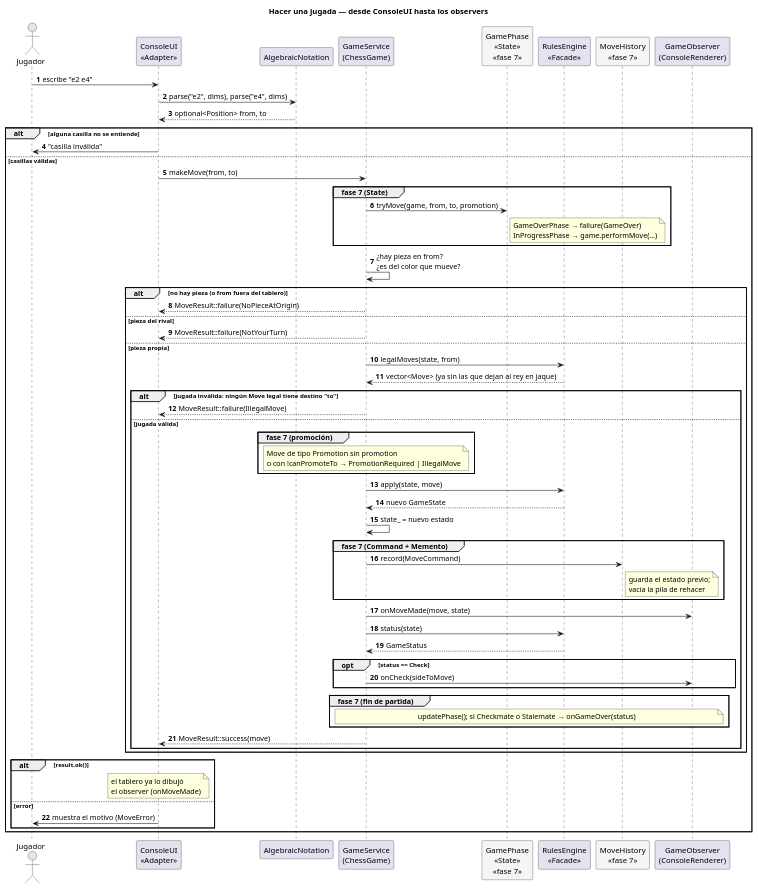
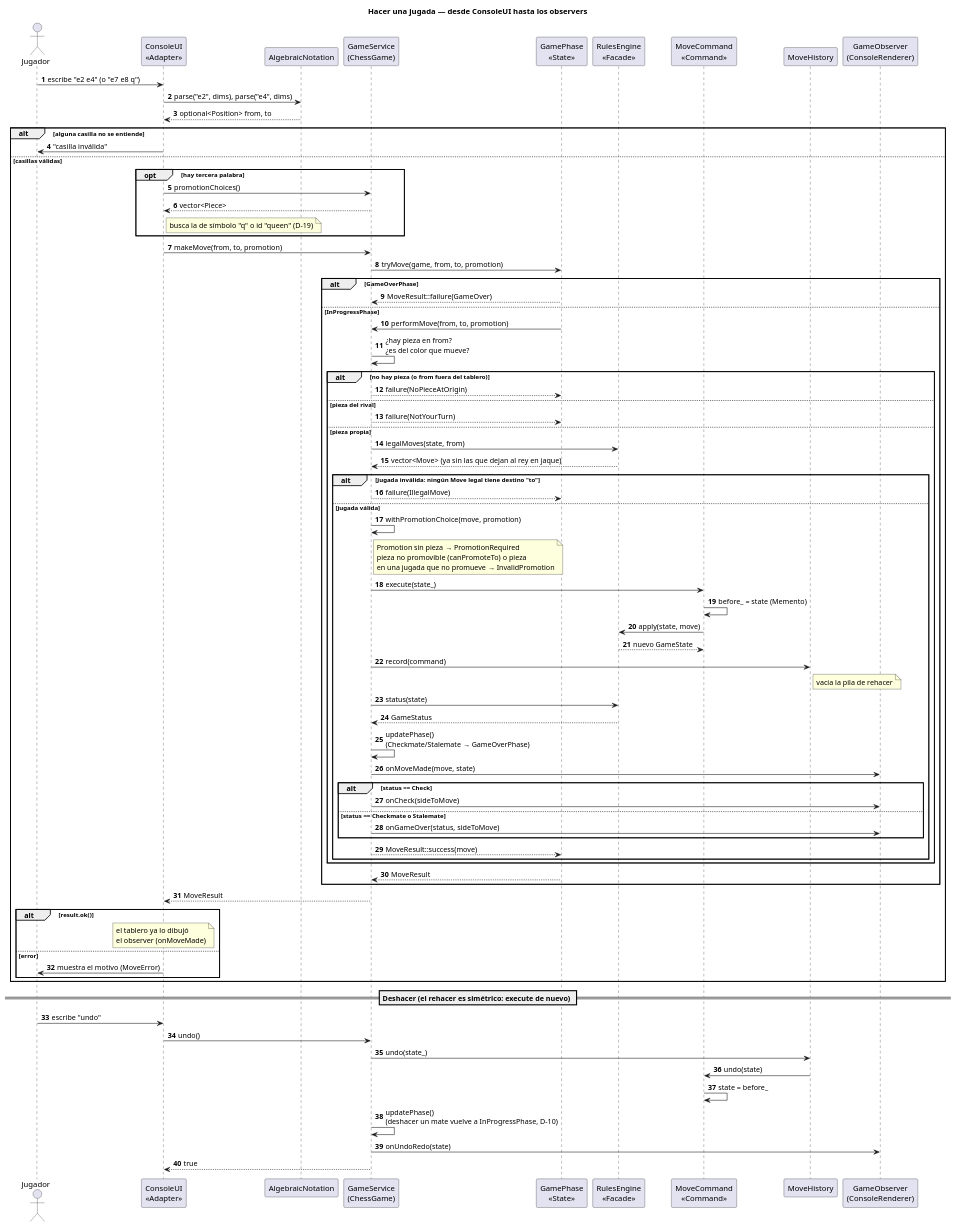
The diagram in docs/diagramas/secuencia-jugada.puml (hipolitogomezcuello/tp-chess), drawn with PlantUML before and after one commit. The commit also changed 24 other files, not shown here.

Commit message:
Agregar deshacer y rehacer con MoveCommand y MoveHistory (misión 7.5)

```diff
--- a/docs/diagramas/secuencia-jugada.puml
+++ b/docs/diagramas/secuencia-jugada.puml
@@ -1,72 +1,88 @@
 @startuml secuencia-jugada
-' Diagrama de secuencia: hacer una jugada (misión 1.4, actualizado en la 5.3).
-' Refleja lo implementado. Los bloques "fase 7" (GamePhase, MoveHistory, promoción, fin de
-' partida) son el diseño de los opcionales y todavía no existen en el código.
+' Diagrama de secuencia: hacer una jugada (misión 1.4, actualizado en la 5.3 y en la fase 7).
+' Refleja lo implementado: State (GamePhase), promoción, Command + Memento y fin de partida.
 title Hacer una jugada — desde ConsoleUI hasta los observers
 
 skinparam shadowing false
 autonumber
 
 actor Jugador
 participant "ConsoleUI\n<<Adapter>>" as UI
 participant "AlgebraicNotation" as AN
 participant "GameService\n(ChessGame)" as Game
-participant "GamePhase\n<<State>>\n«fase 7»" as Phase #F5F5F5
+participant "GamePhase\n<<State>>" as Phase
 participant "RulesEngine\n<<Facade>>" as Rules
-participant "MoveHistory\n«fase 7»" as History #F5F5F5
+participant "MoveCommand\n<<Command>>" as Cmd
+participant "MoveHistory" as History
 participant "GameObserver\n(ConsoleRenderer)" as Obs
 
-Jugador -> UI : escribe "e2 e4"
+Jugador -> UI : escribe "e2 e4" (o "e7 e8 q")
 UI -> AN : parse("e2", dims), parse("e4", dims)
 AN --> UI : optional<Position> from, to
 alt alguna casilla no se entiende
   UI -> Jugador : "casilla inválida"
 else casillas válidas
-  UI -> Game : makeMove(from, to)
+  opt hay tercera palabra
+    UI -> Game : promotionChoices()
+    Game --> UI : vector<Piece>
+    note right of UI : busca la de símbolo "q" o id "queen" (D-19)
+  end
+  UI -> Game : makeMove(from, to, promotion)
+  Game -> Phase : tryMove(game, from, to, promotion)
 
-  group fase 7 (State)
-    Game -> Phase : tryMove(game, from, to, promotion)
-    note right of Phase : GameOverPhase → failure(GameOver)\nInProgressPhase → game.performMove(...)
+  alt GameOverPhase
+    Phase --> Game : MoveResult::failure(GameOver)
+  else InProgressPhase
+    Phase -> Game : performMove(from, to, promotion)
+    Game -> Game : ¿hay pieza en from?\n¿es del color que mueve?
+    alt no hay pieza (o from fuera del tablero)
+      Game --> Phase : failure(NoPieceAtOrigin)
+    else pieza del rival
+      Game --> Phase : failure(NotYourTurn)
+    else pieza propia
+      Game -> Rules : legalMoves(state, from)
+      Rules --> Game : vector<Move> (ya sin las que dejan al rey en jaque)
+      alt **jugada inválida**: ningún Move legal tiene destino "to"
+        Game --> Phase : failure(IllegalMove)
+      else **jugada válida**
+        Game -> Game : withPromotionChoice(move, promotion)
+        note right of Game : Promotion sin pieza → PromotionRequired\npieza no promovible (canPromoteTo) o pieza\nen una jugada que no promueve → InvalidPromotion
+        Game -> Cmd : execute(state_)
+        Cmd -> Cmd : before_ = state (Memento)
+        Cmd -> Rules : apply(state, move)
+        Rules --> Cmd : nuevo GameState
+        Game -> History : record(command)
+        note right of History : vacía la pila de rehacer
+        Game -> Rules : status(state)
+        Rules --> Game : GameStatus
+        Game -> Game : updatePhase()\n(Checkmate/Stalemate → GameOverPhase)
+        Game -> Obs : onMoveMade(move, state)
+        alt status == Check
+          Game -> Obs : onCheck(sideToMove)
+        else status == Checkmate o Stalemate
+          Game -> Obs : onGameOver(status, sideToMove)
+        end
+        Game --> Phase : MoveResult::success(move)
+      end
+    end
+    Phase --> Game : MoveResult
   end
-
-  Game -> Game : ¿hay pieza en from?\n¿es del color que mueve?
-  alt no hay pieza (o from fuera del tablero)
-    Game --> UI : MoveResult::failure(NoPieceAtOrigin)
-  else pieza del rival
-    Game --> UI : MoveResult::failure(NotYourTurn)
-  else pieza propia
-    Game -> Rules : legalMoves(state, from)
-    Rules --> Game : vector<Move> (ya sin las que dejan al rey en jaque)
-    alt **jugada inválida**: ningún Move legal tiene destino "to"
-      Game --> UI : MoveResult::failure(IllegalMove)
-    else **jugada válida**
-      group fase 7 (promoción)
-        note over Game : Move de tipo Promotion sin promotion\no con !canPromoteTo → PromotionRequired | IllegalMove
-      end
-      Game -> Rules : apply(state, move)
-      Rules --> Game : nuevo GameState
-      Game -> Game : state_ = nuevo estado
-      group fase 7 (Command + Memento)
-        Game -> History : record(MoveCommand)
-        note right of History : guarda el estado previo;\nvacía la pila de rehacer
-      end
-      Game -> Obs : onMoveMade(move, state)
-      Game -> Rules : status(state)
-      Rules --> Game : GameStatus
-      opt status == Check
-        Game -> Obs : onCheck(sideToMove)
-      end
-      group fase 7 (fin de partida)
-        note over Game, Obs : updatePhase(); si Checkmate o Stalemate → onGameOver(status)
-      end
-      Game --> UI : MoveResult::success(move)
-    end
-  end
+  Game --> UI : MoveResult
 
   alt result.ok()
     note over UI : el tablero ya lo dibujó\nel observer (onMoveMade)
   else error
     UI -> Jugador : muestra el motivo (MoveError)
   end
 end
+
+== Deshacer (el rehacer es simétrico: execute de nuevo) ==
+Jugador -> UI : escribe "undo"
+UI -> Game : undo()
+Game -> History : undo(state_)
+History -> Cmd : undo(state)
+Cmd -> Cmd : state = before_
+Game -> Game : updatePhase()\n(deshacer un mate vuelve a InProgressPhase, D-10)
+Game -> Obs : onUndoRedo(state)
+Game --> UI : true
 @enduml
```
